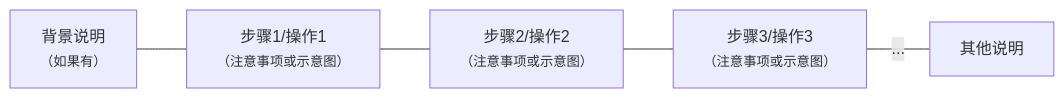
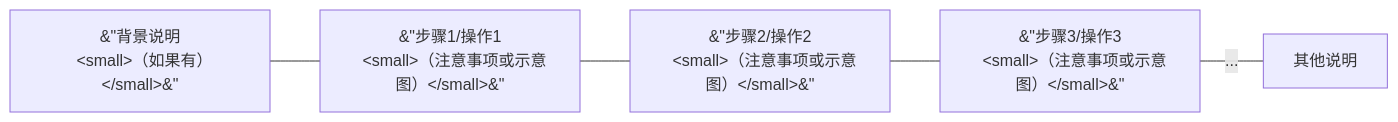
The fourth of 10 diagrams in posts/article-structure/index.md (Lruihao/lruihao.github.io), drawn with Mermaid before and after one commit. The commit also changed other lines of this file and 688 other files, not shown here.

````diff
--- a/posts/article-structure/index.md
+++ b/posts/article-structure/index.md
@@ -124,13 +124,13 @@
 ```mermaid
 graph LR
-  A["背景说明
-  <small>（如果有）</small>"]
-  B["步骤1/操作1
-  <small>（注意事项或示意图）</small>"]
-  C["步骤2/操作2
-  <small>（注意事项或示意图）</small>"]
-  D["步骤3/操作3
-  <small>（注意事项或示意图）</small>"]
+  A[&#34;背景说明
+  &lt;small&gt;（如果有）&lt;/small&gt;&#34;]
+  B[&#34;步骤1/操作1
+  &lt;small&gt;（注意事项或示意图）&lt;/small&gt;&#34;]
+  C[&#34;步骤2/操作2
+  &lt;small&gt;（注意事项或示意图）&lt;/small&gt;&#34;]
+  D[&#34;步骤3/操作3
+  &lt;small&gt;（注意事项或示意图）&lt;/small&gt;&#34;]
   E[其他说明]
   A---B---C---D-- ... ---E
 ```
````
